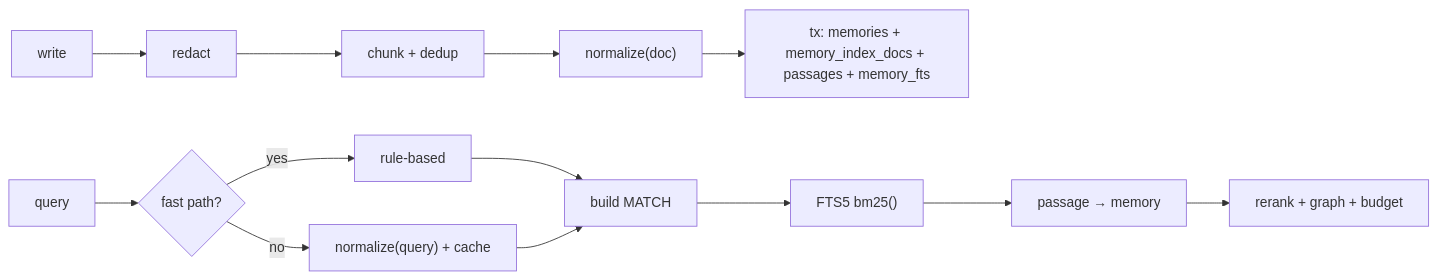
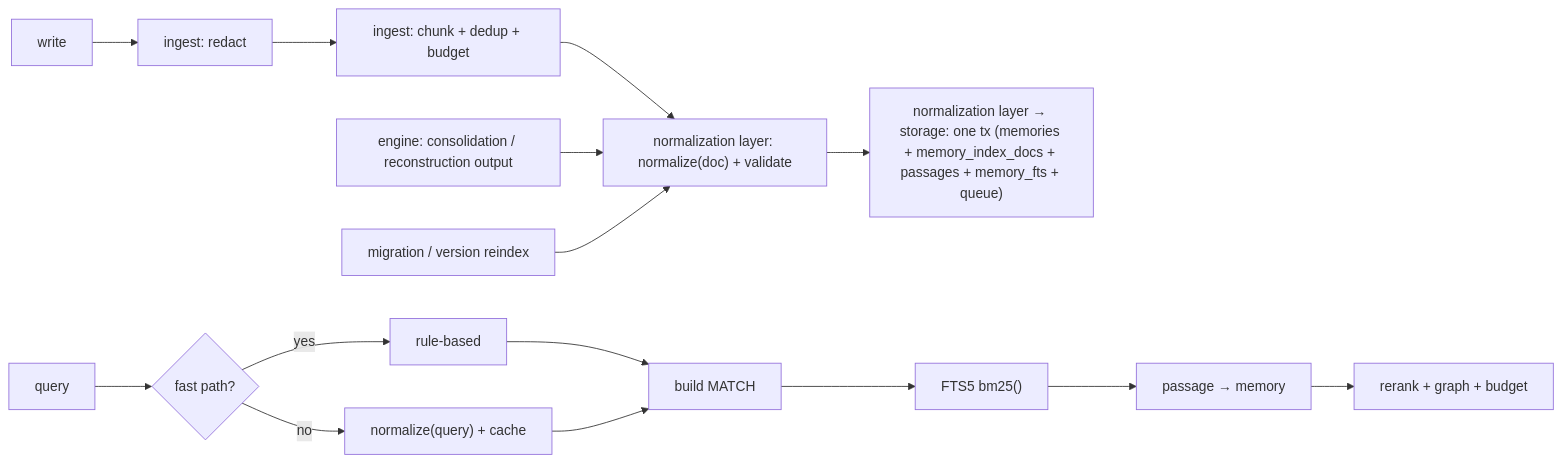
One commit to taimufuraiyaa/agent-memory changed the second of 3 diagrams in docs/pr01/planning-artifacts/architecture/architecture-agent-memory-2026-10-20/ARCHITECTURE-SPINE.md. Above: the diagram before and after it, drawn with Mermaid. The commit also changed other lines of this file and 10 other files, not shown here.

First line of the commit message:
Route all PR01 writes through the normalization layer (AD-12)

````diff
--- a/docs/pr01/planning-artifacts/architecture/architecture-agent-memory-2026-10-20/ARCHITECTURE-SPINE.md
+++ b/docs/pr01/planning-artifacts/architecture/architecture-agent-memory-2026-10-20/ARCHITECTURE-SPINE.md
@@ -155,10 +161,12 @@
 ```mermaid
 flowchart LR
-    W["write"] --> RED["redact"] --> CH["chunk + dedup"] --> N1["normalize(doc)"] --> TX["tx: memories + memory_index_docs + passages + memory_fts"]
+    W["write"] --> RED["ingest: redact"] --> CH["ingest: chunk + dedup + budget"] --> N1["normalization layer: normalize(doc) + validate"] --> TX["normalization layer → storage: one tx (memories + memory_index_docs + passages + memory_fts + queue)"]
+    LC["engine: consolidation / reconstruction output"] --> N1
+    MIG["migration / version reindex"] --> N1
     Q["query"] --> FP{"fast path?"}
     FP -->|"yes"| RB["rule-based"]
     FP -->|"no"| N2["normalize(query) + cache"]
     RB --> QB["build MATCH"]
     N2 --> QB
     QB --> FTS["FTS5 bm25()"] --> AGG["passage → memory"] --> RR["rerank + graph + budget"]
 ```
````
